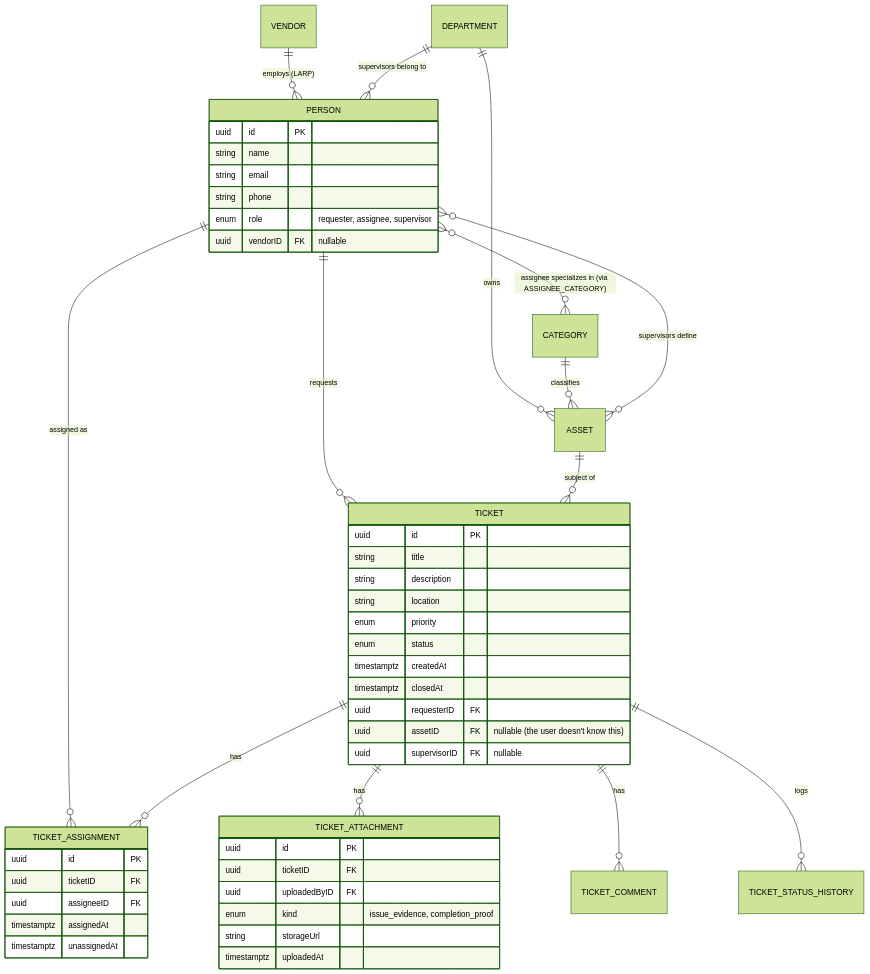
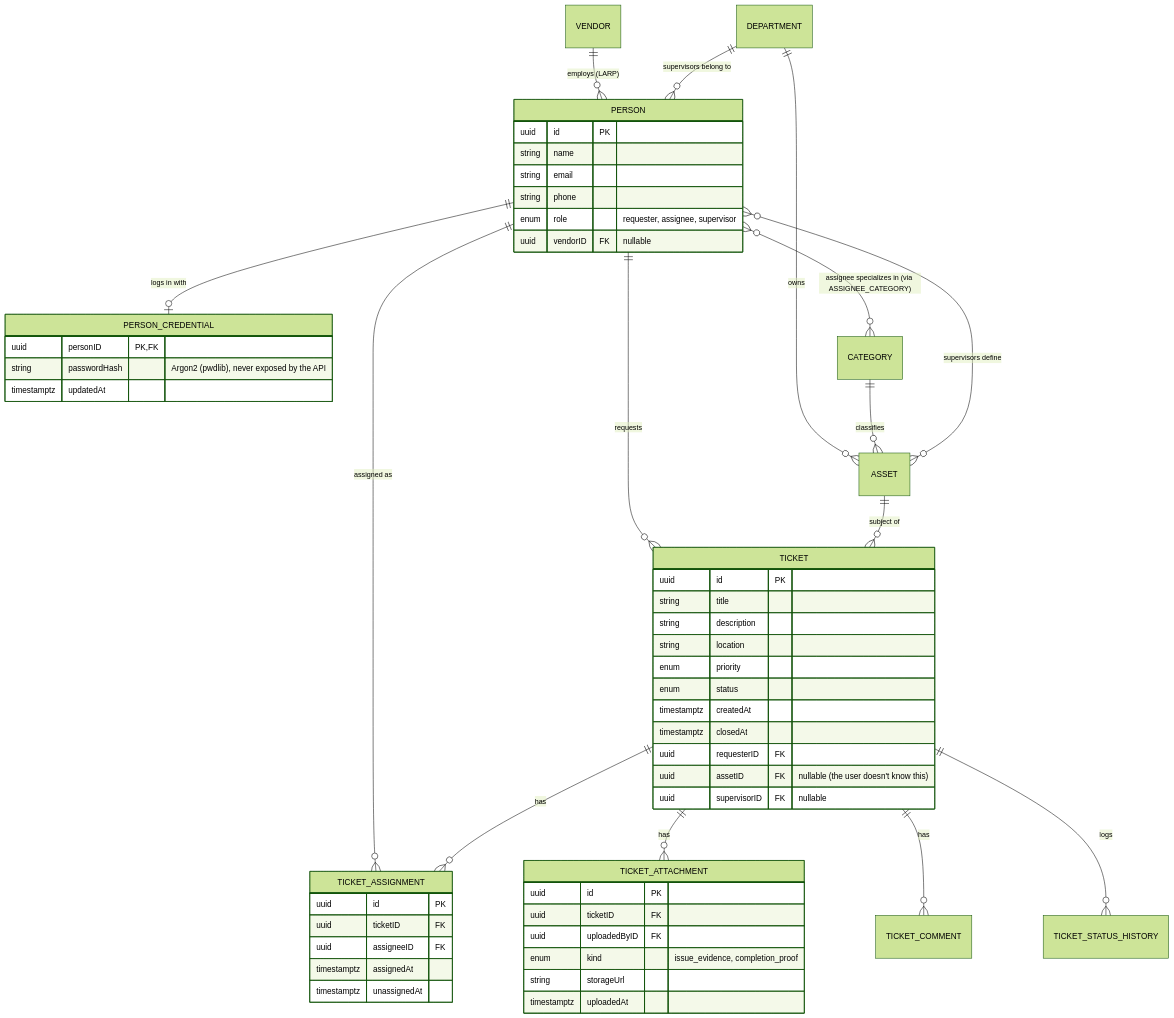
The diagram in ER.mmd (r-ethan18/Support-Ticketing-System), drawn with Mermaid (forest theme) before and after one commit.

Commit message:
docs(er): add person_credential table for password hashes

```diff
--- a/ER.mmd
+++ b/ER.mmd
@@ -1,50 +1,56 @@
 erDiagram
   PERSON ||--o{ TICKET : "requests"
   PERSON ||--o{ TICKET_ASSIGNMENT : "assigned as"
+  PERSON ||--o| PERSON_CREDENTIAL : "logs in with"
   VENDOR ||--o{ PERSON : "employs (LARP)"
   DEPARTMENT ||--o{ ASSET : "owns"
   DEPARTMENT ||--o{ PERSON : "supervisors belong to"
   CATEGORY ||--o{ ASSET : "classifies"
   PERSON }o--o{ CATEGORY : "assignee specializes in (via ASSIGNEE_CATEGORY)"
   PERSON }o--o{ ASSET : "supervisors define"
   ASSET ||--o{ TICKET : "subject of"
   TICKET ||--o{ TICKET_ASSIGNMENT : "has"
   TICKET ||--o{ TICKET_ATTACHMENT : "has"
   TICKET ||--o{ TICKET_COMMENT : "has"
   TICKET ||--o{ TICKET_STATUS_HISTORY : "logs"
   PERSON {
     uuid id PK
     string name
     string email
     string phone
     enum role "requester, assignee, supervisor"
     uuid vendorID FK "nullable"
   }
   TICKET {
     uuid id PK
     string title
     string description
     string location
     enum priority
     enum status
     timestamptz createdAt
     timestamptz closedAt
     uuid requesterID FK
     uuid assetID FK "nullable (the user doesn't know this)"
     uuid supervisorID FK "nullable"
   }
   TICKET_ASSIGNMENT {
     uuid id PK
     uuid ticketID FK
     uuid assigneeID FK
     timestamptz assignedAt
     timestamptz unassignedAt
   }
   TICKET_ATTACHMENT {
     uuid id PK
     uuid ticketID FK
     uuid uploadedByID FK
     enum kind "issue_evidence, completion_proof"
     string storageUrl
     timestamptz uploadedAt
   }
+  PERSON_CREDENTIAL {
+    uuid personID PK, FK
+    string passwordHash "Argon2 (pwdlib), never exposed by the API"
+    timestamptz updatedAt
+  }
```
